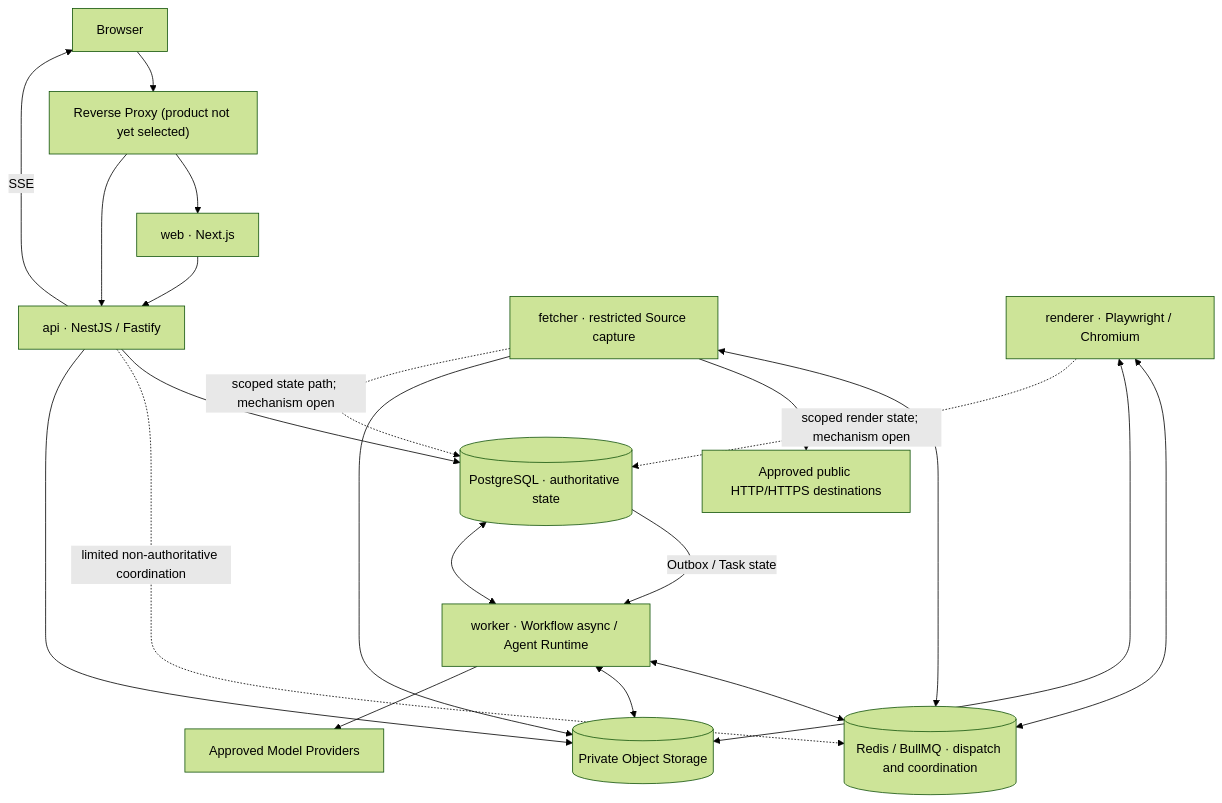
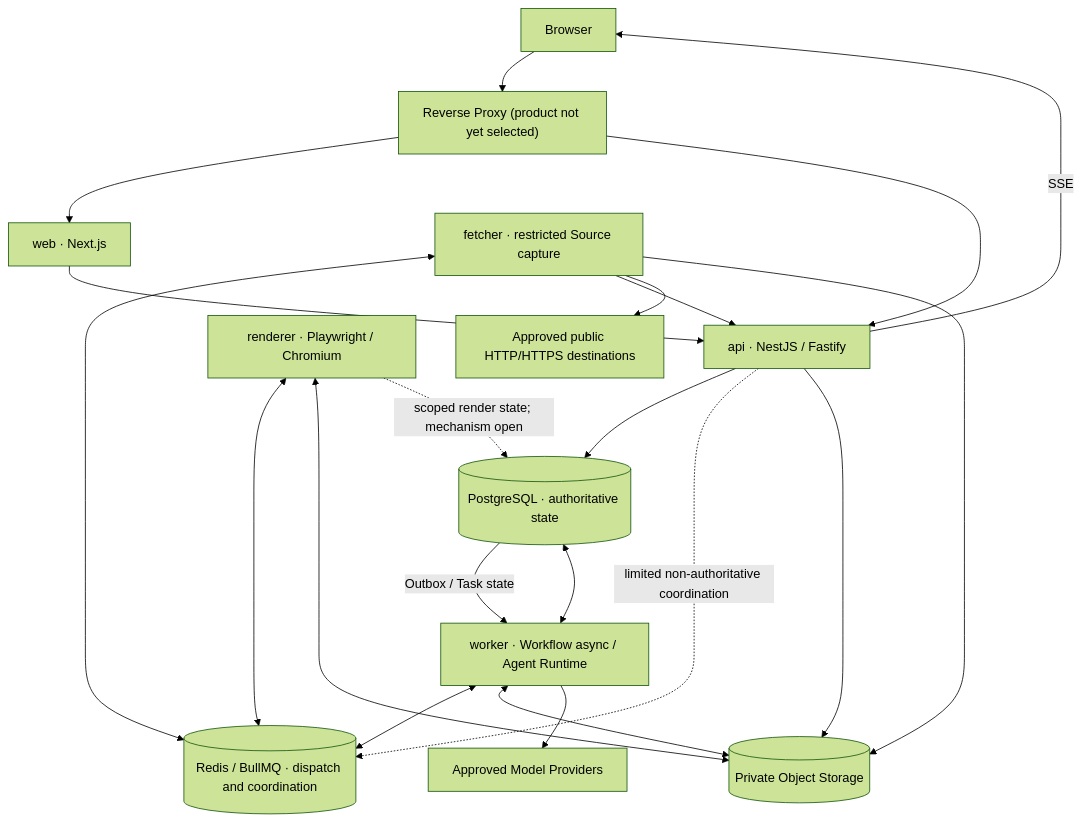
The diagram in docs/architecture/process-topology.md (JettxonHo/ContentOS), drawn with Mermaid (forest theme) before and after one commit. The commit also changed other lines of this file and 40 other files, not shown here.

````diff
--- a/docs/architecture/process-topology.md
+++ b/docs/architecture/process-topology.md
@@ -41,39 +41,39 @@
 ```mermaid
 flowchart TB
     browser["Browser"]
     proxy["Reverse Proxy (product not yet selected)"]
     web["web · Next.js"]
     api["api · NestJS / Fastify"]
     postgres[("PostgreSQL · authoritative state")]
     redis[("Redis / BullMQ · dispatch and coordination")]
     objects[("Private Object Storage")]
     worker["worker · Workflow async / Agent Runtime"]
     fetcher["fetcher · restricted Source capture"]
     renderer["renderer · Playwright / Chromium"]
     internet["Approved public HTTP/HTTPS destinations"]
     models["Approved Model Providers"]
 
     browser --> proxy
     proxy --> web
     proxy --> api
     web --> api
     api --> postgres
     api -. "limited non-authoritative coordination" .-> redis
     api --> objects
     api -- "SSE" --> browser
 
     postgres -- "Outbox / Task state" --> worker
     worker <--> redis
     worker <--> postgres
     worker <--> objects
     worker --> models
 
     fetcher <--> redis
+    fetcher --> api
     fetcher --> internet
     fetcher --> objects
-    fetcher -. "scoped state path; mechanism open" .-> postgres
 
     renderer <--> redis
     renderer <--> objects
     renderer -. "scoped render state; mechanism open" .-> postgres
 ```
````
